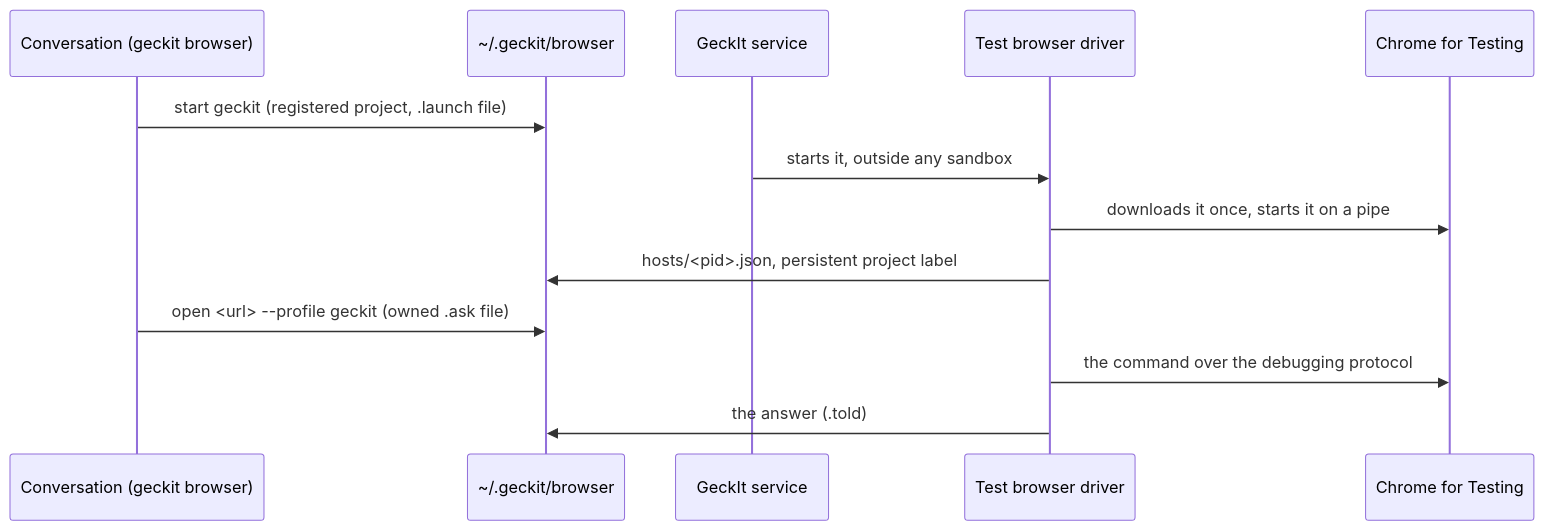
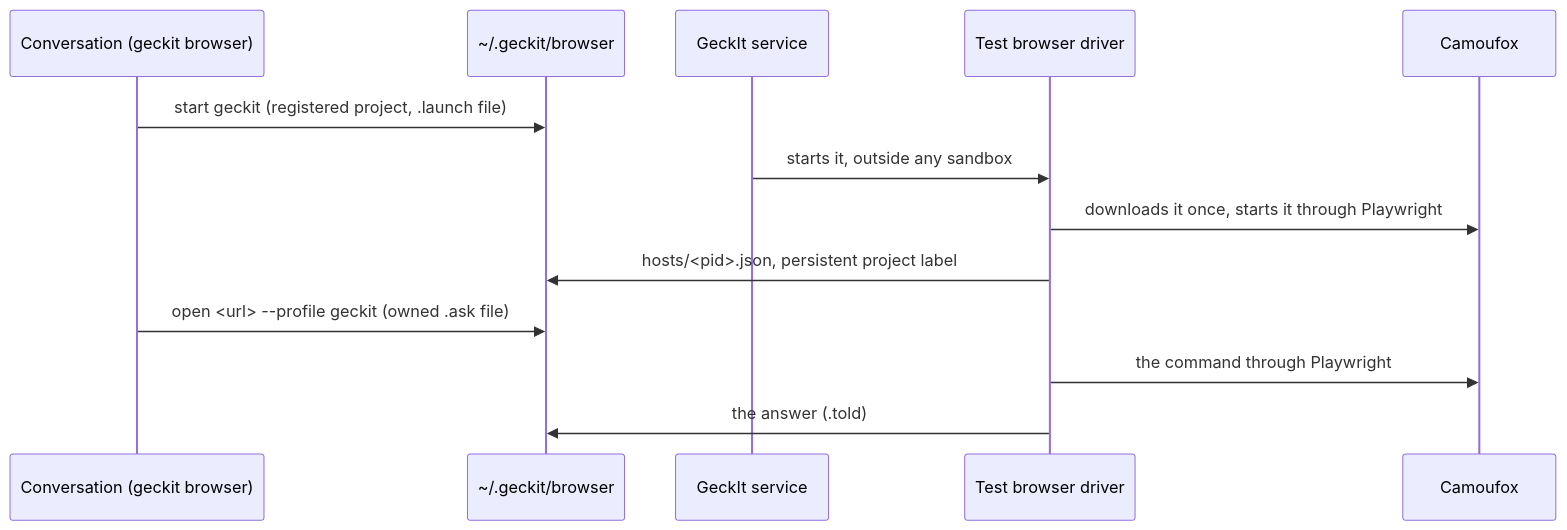
The first of 2 diagrams in docs/ux/chrome-testing.md (anetrebskii/geckit), drawn with Mermaid before and after one commit. The commit also changed other lines of this file and 9 other files, not shown here.

Commit message:
docs(browser): drop Chrome for Testing wording now that test browsers are Camoufox

````diff
--- a/docs/ux/chrome-testing.md
+++ b/docs/ux/chrome-testing.md
@@ -24,15 +24,15 @@
 ```mermaid
 sequenceDiagram
   participant C as Conversation (geckit browser)
   participant F as ~/.geckit/browser
   participant S as GeckIt service
   participant D as Test browser driver
-  participant B as Chrome for Testing
+  participant B as Camoufox
   C->>F: start geckit (registered project, .launch file)
   S->>D: starts it, outside any sandbox
-  D->>B: downloads it once, starts it on a pipe
+  D->>B: downloads it once, starts it through Playwright
   D->>F: hosts/<pid>.json, persistent project label
   C->>F: open <url> --profile geckit (owned .ask file)
-  D->>B: the command over the debugging protocol
+  D->>B: the command through Playwright
   D->>F: the answer (.told)
 ```
````
